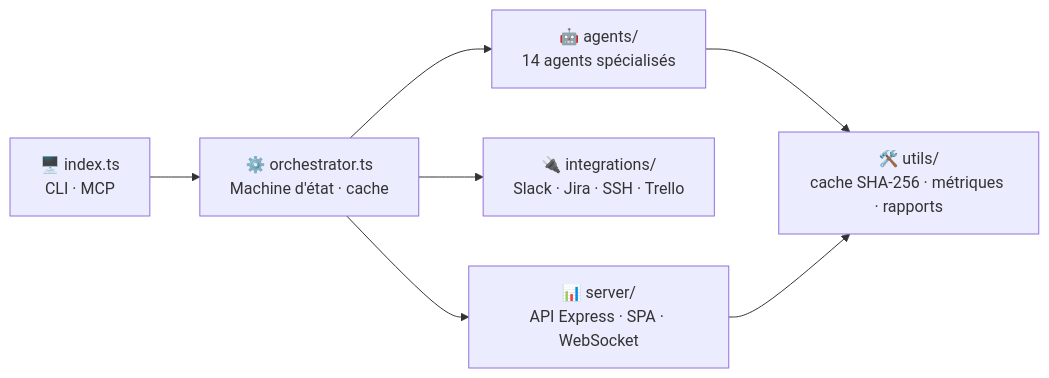
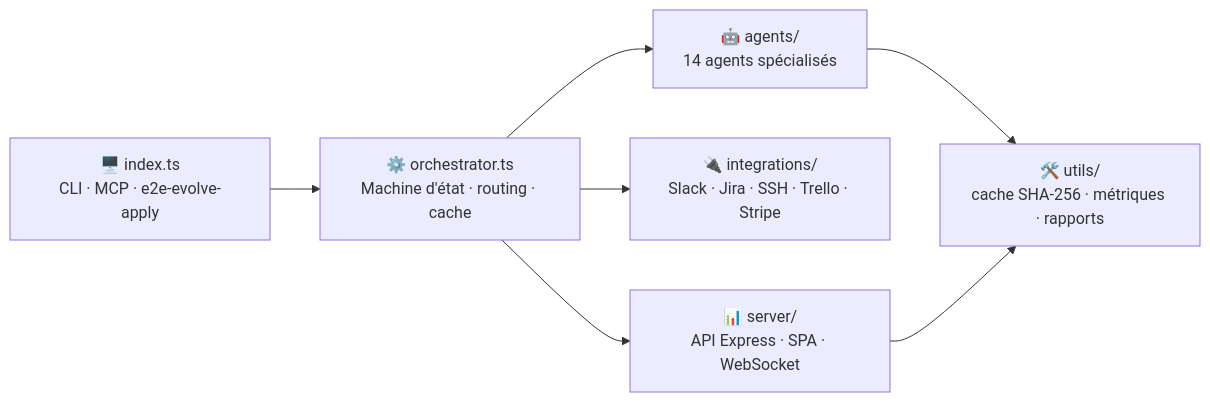
Before and after one commit to Aronbfrt/test-end-to-end: the fourth of 4 diagrams in README.md, drawn with Mermaid. The commit also changed other lines of this file, not shown here.

First line of the commit message:
docs: documentation complète — MCP tools, env vars, intégrations corrigées

````diff
--- a/README.md
+++ b/README.md
@@ -317,11 +376,11 @@
 ```mermaid
 graph LR
-    IDX["🖥️ index.ts\nCLI · MCP"] --> ORC["⚙️ orchestrator.ts\nMachine d'état · cache"]
+    IDX["🖥️ index.ts\nCLI · MCP · e2e-evolve-apply"] --> ORC["⚙️ orchestrator.ts\nMachine d'état · routing · cache"]
 
     ORC --> AG["🤖 agents/\n14 agents spécialisés"]
-    ORC --> IN["🔌 integrations/\nSlack · Jira · SSH · Trello"]
+    ORC --> IN["🔌 integrations/\nSlack · Jira · SSH · Trello · Stripe"]
     ORC --> SV["📊 server/\nAPI Express · SPA · WebSocket"]
 
     AG --> UT["🛠️ utils/\ncache SHA-256 · métriques · rapports"]
     SV --> UT
 ```
````
